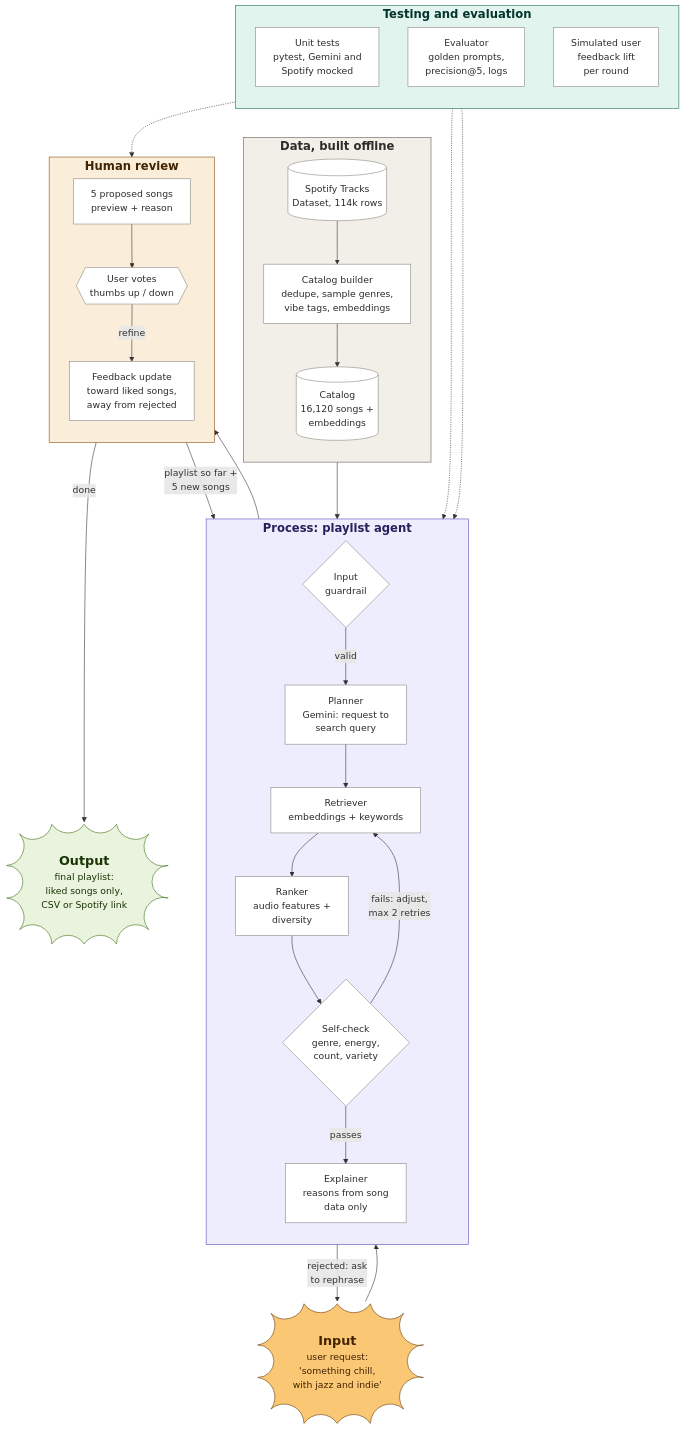
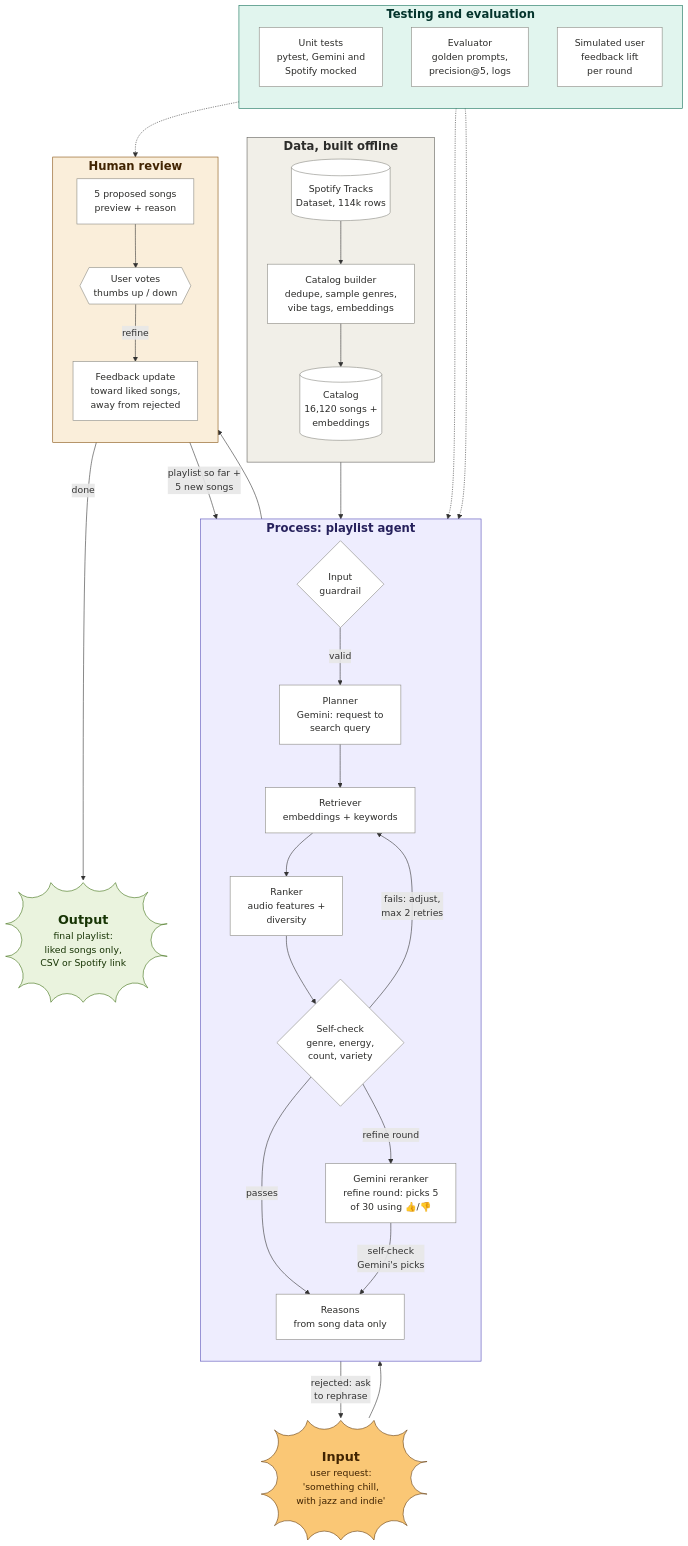
Before and after one commit to jesy-codes/music-recs-ai-system: the diagram in diagrams/system_architecture.mmd, drawn with Mermaid. The commit also changed 9 other files, not shown here.

```diff
--- a/diagrams/system_architecture.mmd
+++ b/diagrams/system_architecture.mmd
@@ -1,65 +1,68 @@
 %% System diagram: Agentic Playlist Builder
 %% Reads top to bottom: input -> agent process -> human review -> output.
 %% Sections: gray = data, purple = AI agent, amber = human review, green = testing.
 %% Dashed arrows are testing; solid arrows are data flow.
 flowchart TB
     USER@{ shape: bang, label: "<b style='font-size:22px'>Input</b><br/>user request:<br/>'something chill,<br/>with jazz and indie'" }
 
     subgraph DATA["<b style='font-size:20px'>Data, built offline</b>"]
         direction TB
         RAW[("Spotify Tracks<br/>Dataset, 114k rows")]
         BUILD["Catalog builder<br/>dedupe, sample genres,<br/>vibe tags, embeddings"]
         DB[("Catalog<br/>16,120 songs +<br/>embeddings")]
         RAW --> BUILD --> DB
     end
 
     subgraph AGENT["<b style='font-size:20px'>Process: playlist agent</b>"]
         direction TB
         GUARD{"Input<br/>guardrail"}
         PLAN["Planner<br/>Gemini: request to<br/>search query"]
         RET["Retriever<br/>embeddings + keywords"]
         RANK["Ranker<br/>audio features +<br/>diversity"]
         CHECK{"Self-check<br/>genre, energy,<br/>count, variety"}
-        EXPL["Explainer<br/>reasons from song<br/>data only"]
+        EXPL["Reasons<br/>from song data only"]
+        RERANK["Gemini reranker<br/>refine round: picks 5<br/>of 30 using 👍/👎"]
         GUARD -- valid --> PLAN --> RET --> RANK --> CHECK
         CHECK -- "fails: adjust,<br/>max 2 retries" --> RET
         CHECK -- passes --> EXPL
+        CHECK -- "refine round" --> RERANK
+        RERANK -- "self-check<br/>Gemini's picks" --> EXPL
     end
 
     subgraph HUMAN["<b style='font-size:20px'>Human review</b>"]
         direction TB
         SHOW["5 proposed songs<br/>preview + reason"]
         VOTE{{"User votes<br/>thumbs up / down"}}
         FB["Feedback update<br/>toward liked songs,<br/>away from rejected"]
         SHOW --> VOTE
         VOTE -- refine --> FB
     end
 
     OUT@{ shape: bang, label: "<b style='font-size:22px'>Output</b><br/>final playlist:<br/>liked songs only,<br/>CSV or Spotify link" }
 
     subgraph TEST["<b style='font-size:20px'>Testing and evaluation</b>"]
         direction TB
         UNIT["Unit tests<br/>pytest, Gemini and<br/>Spotify mocked"]
         EVAL["Evaluator<br/>golden prompts,<br/>precision@5, logs"]
         SIM["Simulated user<br/>feedback lift<br/>per round"]
     end
 
     USER --> GUARD
     GUARD -- "rejected: ask<br/>to rephrase" --> USER
     DB --> RET
     EXPL --> SHOW
     FB -- "playlist so far +<br/>5 new songs" --> RET
     VOTE -- done --> OUT
 
     UNIT -.-> AGENT
     EVAL -.-> AGENT
     SIM -.-> VOTE
 
     %% Boxes are white; each pipeline section gets its own background color.
     classDef default fill:#FFFFFF,stroke:#888780,color:#2C2C2A
     style DATA  fill:#F1EFE8,stroke:#5F5E5A,color:#2C2C2A
     style AGENT fill:#EEEDFE,stroke:#534AB7,color:#26215C
     style HUMAN fill:#FAEEDA,stroke:#854F0B,color:#412402
     style TEST  fill:#E1F5EE,stroke:#0F6E56,color:#04342C
     style USER  fill:#FAC775,stroke:#633806,color:#412402
     style OUT   fill:#EAF3DE,stroke:#3B6D11,color:#173404
```
